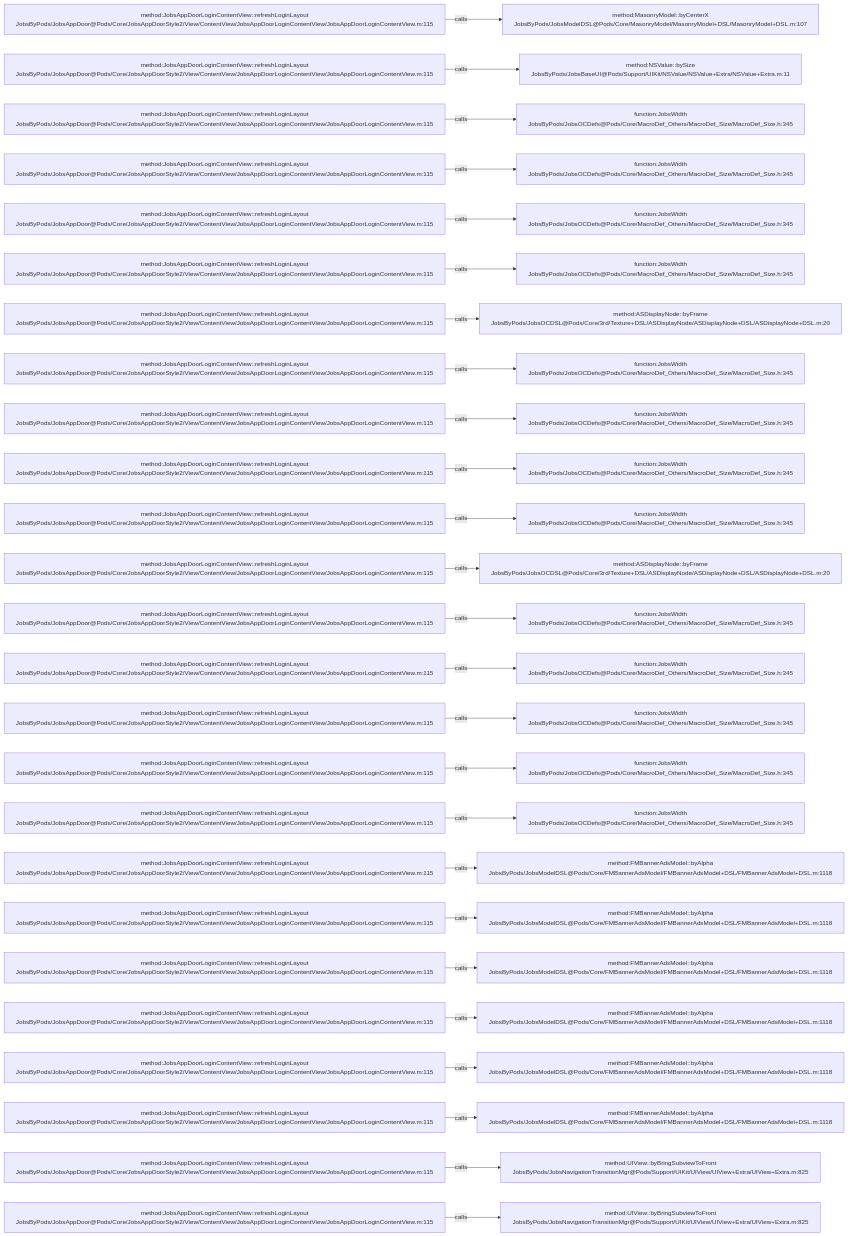
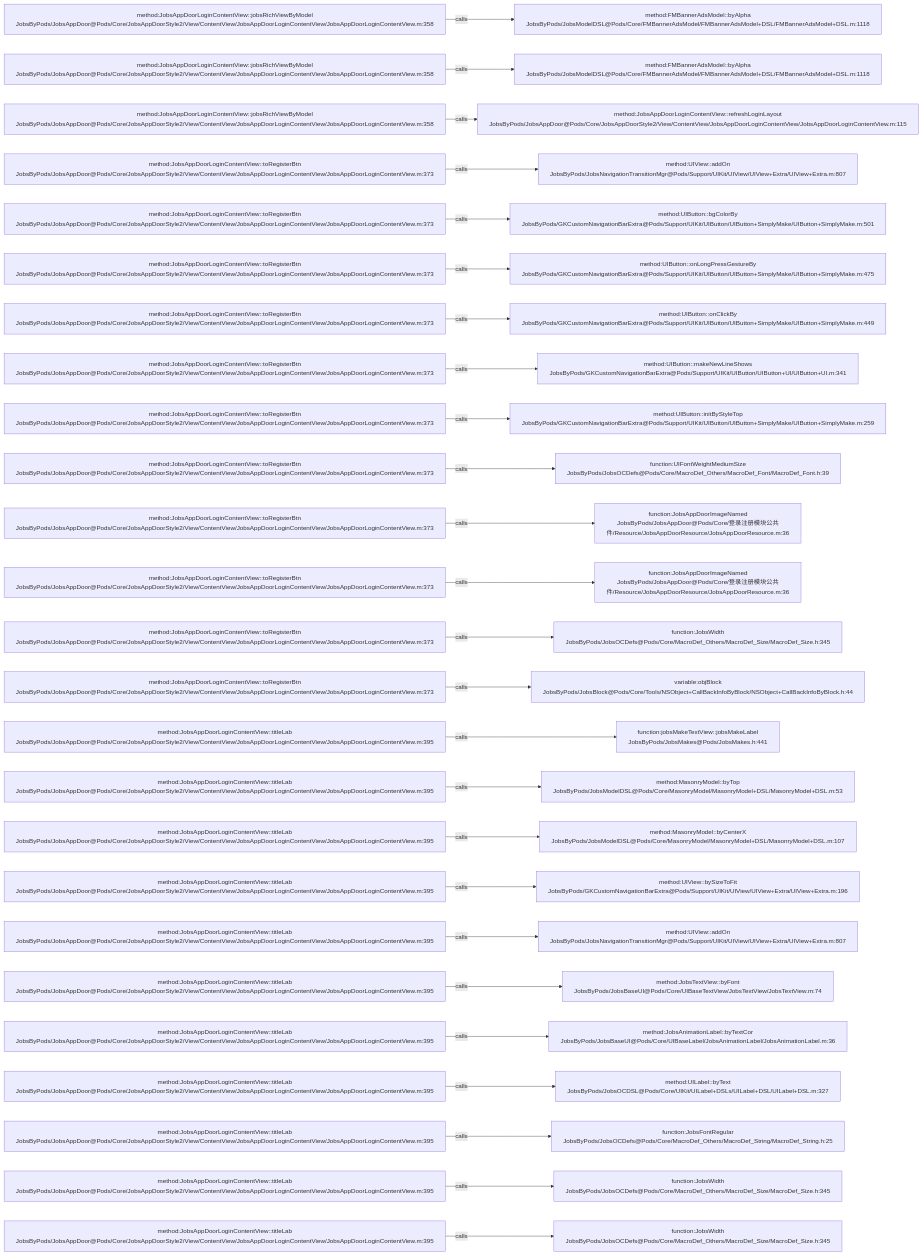
One commit to JobsKits/JobsOCBaseConfigDemo changed the diagram in .codegraph/codegraph.md/graphs/calls-121.md. Above: the diagram before and after it, drawn with Mermaid. The commit also changed 223 other files, not shown here.

````diff
--- a/.codegraph/codegraph.md/graphs/calls-121.md
+++ b/.codegraph/codegraph.md/graphs/calls-121.md
@@ -13,78 +13,78 @@
 ```mermaid
 flowchart LR
-  S1["method:JobsAppDoorLoginContentView::refreshLoginLayout<br/>JobsByPods/JobsAppDoor@Pods/Core/JobsAppDoorStyle2/View/ContentView/JobsAppDoorLoginContentView/JobsAppDoorLoginContentView.m:115"]
-  T1["method:MasonryModel::byCenterX<br/>JobsByPods/JobsModelDSL@Pods/Core/MasonryModel/MasonryModel+DSL/MasonryModel+DSL.m:107"]
+  S1["method:JobsAppDoorLoginContentView::jobsRichViewByModel<br/>JobsByPods/JobsAppDoor@Pods/Core/JobsAppDoorStyle2/View/ContentView/JobsAppDoorLoginContentView/JobsAppDoorLoginContentView.m:358"]
+  T1["method:FMBannerAdsModel::byAlpha<br/>JobsByPods/JobsModelDSL@Pods/Core/FMBannerAdsModel/FMBannerAdsModel+DSL/FMBannerAdsModel+DSL.m:1118"]
   S1 -->|calls| T1
-  S2["method:JobsAppDoorLoginContentView::refreshLoginLayout<br/>JobsByPods/JobsAppDoor@Pods/Core/JobsAppDoorStyle2/View/ContentView/JobsAppDoorLoginContentView/JobsAppDoorLoginContentView.m:115"]
-  T2["method:NSValue::bySize<br/>JobsByPods/JobsBaseUI@Pods/Support/UIKit/NSValue/NSValue+Extra/NSValue+Extra.m:11"]
+  S2["method:JobsAppDoorLoginContentView::jobsRichViewByModel<br/>JobsByPods/JobsAppDoor@Pods/Core/JobsAppDoorStyle2/View/ContentView/JobsAppDoorLoginContentView/JobsAppDoorLoginContentView.m:358"]
+  T2["method:FMBannerAdsModel::byAlpha<br/>JobsByPods/JobsModelDSL@Pods/Core/FMBannerAdsModel/FMBannerAdsModel+DSL/FMBannerAdsModel+DSL.m:1118"]
   S2 -->|calls| T2
-  S3["method:JobsAppDoorLoginContentView::refreshLoginLayout<br/>JobsByPods/JobsAppDoor@Pods/Core/JobsAppDoorStyle2/View/ContentView/JobsAppDoorLoginContentView/JobsAppDoorLoginContentView.m:115"]
-  T3["function:JobsWidth<br/>JobsByPods/JobsOCDefs@Pods/Core/MacroDef_Others/MacroDef_Size/MacroDef_Size.h:345"]
+  S3["method:JobsAppDoorLoginContentView::jobsRichViewByModel<br/>JobsByPods/JobsAppDoor@Pods/Core/JobsAppDoorStyle2/View/ContentView/JobsAppDoorLoginContentView/JobsAppDoorLoginContentView.m:358"]
+  T3["method:JobsAppDoorLoginContentView::refreshLoginLayout<br/>JobsByPods/JobsAppDoor@Pods/Core/JobsAppDoorStyle2/View/ContentView/JobsAppDoorLoginContentView/JobsAppDoorLoginContentView.m:115"]
   S3 -->|calls| T3
-  S4["method:JobsAppDoorLoginContentView::refreshLoginLayout<br/>JobsByPods/JobsAppDoor@Pods/Core/JobsAppDoorStyle2/View/ContentView/JobsAppDoorLoginContentView/JobsAppDoorLoginContentView.m:115"]
-  T4["function:JobsWidth<br/>JobsByPods/JobsOCDefs@Pods/Core/MacroDef_Others/MacroDef_Size/MacroDef_Size.h:345"]
+  S4["method:JobsAppDoorLoginContentView::toRegisterBtn<br/>JobsByPods/JobsAppDoor@Pods/Core/JobsAppDoorStyle2/View/ContentView/JobsAppDoorLoginContentView/JobsAppDoorLoginContentView.m:373"]
+  T4["method:UIView::addOn<br/>JobsByPods/JobsNavigationTransitionMgr@Pods/Support/UIKit/UIView/UIView+Extra/UIView+Extra.m:807"]
   S4 -->|calls| T4
-  S5["method:JobsAppDoorLoginContentView::refreshLoginLayout<br/>JobsByPods/JobsAppDoor@Pods/Core/JobsAppDoorStyle2/View/ContentView/JobsAppDoorLoginContentView/JobsAppDoorLoginContentView.m:115"]
-  T5["function:JobsWidth<br/>JobsByPods/JobsOCDefs@Pods/Core/MacroDef_Others/MacroDef_Size/MacroDef_Size.h:345"]
+  S5["method:JobsAppDoorLoginContentView::toRegisterBtn<br/>JobsByPods/JobsAppDoor@Pods/Core/JobsAppDoorStyle2/View/ContentView/JobsAppDoorLoginContentView/JobsAppDoorLoginContentView.m:373"]
+  T5["method:UIButton::bgColorBy<br/>JobsByPods/GKCustomNavigationBarExtra@Pods/Support/UIKit/UIButton/UIButton+SimplyMake/UIButton+SimplyMake.m:501"]
   S5 -->|calls| T5
-  S6["method:JobsAppDoorLoginContentView::refreshLoginLayout<br/>JobsByPods/JobsAppDoor@Pods/Core/JobsAppDoorStyle2/View/ContentView/JobsAppDoorLoginContentView/JobsAppDoorLoginContentView.m:115"]
-  T6["function:JobsWidth<br/>JobsByPods/JobsOCDefs@Pods/Core/MacroDef_Others/MacroDef_Size/MacroDef_Size.h:345"]
+  S6["method:JobsAppDoorLoginContentView::toRegisterBtn<br/>JobsByPods/JobsAppDoor@Pods/Core/JobsAppDoorStyle2/View/ContentView/JobsAppDoorLoginContentView/JobsAppDoorLoginContentView.m:373"]
+  T6["method:UIButton::onLongPressGestureBy<br/>JobsByPods/GKCustomNavigationBarExtra@Pods/Support/UIKit/UIButton/UIButton+SimplyMake/UIButton+SimplyMake.m:475"]
   S6 -->|calls| T6
-  S7["method:JobsAppDoorLoginContentView::refreshLoginLayout<br/>JobsByPods/JobsAppDoor@Pods/Core/JobsAppDoorStyle2/View/ContentView/JobsAppDoorLoginContentView/JobsAppDoorLoginContentView.m:115"]
-  T7["method:ASDisplayNode::byFrame<br/>JobsByPods/JobsOCDSL@Pods/Core/3rd/Texture+DSL/ASDisplayNode/ASDisplayNode+DSL/ASDisplayNode+DSL.m:20"]
+  S7["method:JobsAppDoorLoginContentView::toRegisterBtn<br/>JobsByPods/JobsAppDoor@Pods/Core/JobsAppDoorStyle2/View/ContentView/JobsAppDoorLoginContentView/JobsAppDoorLoginContentView.m:373"]
+  T7["method:UIButton::onClickBy<br/>JobsByPods/GKCustomNavigationBarExtra@Pods/Support/UIKit/UIButton/UIButton+SimplyMake/UIButton+SimplyMake.m:449"]
   S7 -->|calls| T7
-  S8["method:JobsAppDoorLoginContentView::refreshLoginLayout<br/>JobsByPods/JobsAppDoor@Pods/Core/JobsAppDoorStyle2/View/ContentView/JobsAppDoorLoginContentView/JobsAppDoorLoginContentView.m:115"]
-  T8["function:JobsWidth<br/>JobsByPods/JobsOCDefs@Pods/Core/MacroDef_Others/MacroDef_Size/MacroDef_Size.h:345"]
+  S8["method:JobsAppDoorLoginContentView::toRegisterBtn<br/>JobsByPods/JobsAppDoor@Pods/Core/JobsAppDoorStyle2/View/ContentView/JobsAppDoorLoginContentView/JobsAppDoorLoginContentView.m:373"]
+  T8["method:UIButton::makeNewLineShows<br/>JobsByPods/GKCustomNavigationBarExtra@Pods/Support/UIKit/UIButton/UIButton+UI/UIButton+UI.m:341"]
   S8 -->|calls| T8
-  S9["method:JobsAppDoorLoginContentView::refreshLoginLayout<br/>JobsByPods/JobsAppDoor@Pods/Core/JobsAppDoorStyle2/View/ContentView/JobsAppDoorLoginContentView/JobsAppDoorLoginContentView.m:115"]
-  T9["function:JobsWidth<br/>JobsByPods/JobsOCDefs@Pods/Core/MacroDef_Others/MacroDef_Size/MacroDef_Size.h:345"]
+  S9["method:JobsAppDoorLoginContentView::toRegisterBtn<br/>JobsByPods/JobsAppDoor@Pods/Core/JobsAppDoorStyle2/View/ContentView/JobsAppDoorLoginContentView/JobsAppDoorLoginContentView.m:373"]
+  T9["method:UIButton::initByStyleTop<br/>JobsByPods/GKCustomNavigationBarExtra@Pods/Support/UIKit/UIButton/UIButton+SimplyMake/UIButton+SimplyMake.m:259"]
   S9 -->|calls| T9
-  S10["method:JobsAppDoorLoginContentView::refreshLoginLayout<br/>JobsByPods/JobsAppDoor@Pods/Core/JobsAppDoorStyle2/View/ContentView/JobsAppDoorLoginContentView/JobsAppDoorLoginContentView.m:115"]
-  T10["function:JobsWidth<br/>JobsByPods/JobsOCDefs@Pods/Core/MacroDef_Others/MacroDef_Size/MacroDef_Size.h:345"]
+  S10["method:JobsAppDoorLoginContentView::toRegisterBtn<br/>JobsByPods/JobsAppDoor@Pods/Core/JobsAppDoorStyle2/View/ContentView/JobsAppDoorLoginContentView/JobsAppDoorLoginContentView.m:373"]
+  T10["function:UIFontWeightMediumSize<br/>JobsByPods/JobsOCDefs@Pods/Core/MacroDef_Others/MacroDef_Font/MacroDef_Font.h:39"]
   S10 -->|calls| T10
-  S11["method:JobsAppDoorLoginContentView::refreshLoginLayout<br/>JobsByPods/JobsAppDoor@Pods/Core/JobsAppDoorStyle2/View/ContentView/JobsAppDoorLoginContentView/JobsAppDoorLoginContentView.m:115"]
-  T11["function:JobsWidth<br/>JobsByPods/JobsOCDefs@Pods/Core/MacroDef_Others/MacroDef_Size/MacroDef_Size.h:345"]
+  S11["method:JobsAppDoorLoginContentView::toRegisterBtn<br/>JobsByPods/JobsAppDoor@Pods/Core/JobsAppDoorStyle2/View/ContentView/JobsAppDoorLoginContentView/JobsAppDoorLoginContentView.m:373"]
+  T11["function:JobsAppDoorImageNamed<br/>JobsByPods/JobsAppDoor@Pods/Core/登录注册模块公共件/Resource/JobsAppDoorResource/JobsAppDoorResource.m:36"]
   S11 -->|calls| T11
-  S12["method:JobsAppDoorLoginContentView::refreshLoginLayout<br/>JobsByPods/JobsAppDoor@Pods/Core/JobsAppDoorStyle2/View/ContentView/JobsAppDoorLoginContentView/JobsAppDoorLoginContentView.m:115"]
-  T12["method:ASDisplayNode::byFrame<br/>JobsByPods/JobsOCDSL@Pods/Core/3rd/Texture+DSL/ASDisplayNode/ASDisplayNode+DSL/ASDisplayNode+DSL.m:20"]
+  S12["method:JobsAppDoorLoginContentView::toRegisterBtn<br/>JobsByPods/JobsAppDoor@Pods/Core/JobsAppDoorStyle2/View/ContentView/JobsAppDoorLoginContentView/JobsAppDoorLoginContentView.m:373"]
+  T12["function:JobsAppDoorImageNamed<br/>JobsByPods/JobsAppDoor@Pods/Core/登录注册模块公共件/Resource/JobsAppDoorResource/JobsAppDoorResource.m:36"]
   S12 -->|calls| T12
-  S13["method:JobsAppDoorLoginContentView::refreshLoginLayout<br/>JobsByPods/JobsAppDoor@Pods/Core/JobsAppDoorStyle2/View/ContentView/JobsAppDoorLoginContentView/JobsAppDoorLoginContentView.m:115"]
+  S13["method:JobsAppDoorLoginContentView::toRegisterBtn<br/>JobsByPods/JobsAppDoor@Pods/Core/JobsAppDoorStyle2/View/ContentView/JobsAppDoorLoginContentView/JobsAppDoorLoginContentView.m:373"]
   T13["function:JobsWidth<br/>JobsByPods/JobsOCDefs@Pods/Core/MacroDef_Others/MacroDef_Size/MacroDef_Size.h:345"]
   S13 -->|calls| T13
-  S14["method:JobsAppDoorLoginContentView::refreshLoginLayout<br/>JobsByPods/JobsAppDoor@Pods/Core/JobsAppDoorStyle2/View/ContentView/JobsAppDoorLoginContentView/JobsAppDoorLoginContentView.m:115"]
-  T14["function:JobsWidth<br/>JobsByPods/JobsOCDefs@Pods/Core/MacroDef_Others/MacroDef_Size/MacroDef_Size.h:345"]
+  S14["method:JobsAppDoorLoginContentView::toRegisterBtn<br/>JobsByPods/JobsAppDoor@Pods/Core/JobsAppDoorStyle2/View/ContentView/JobsAppDoorLoginContentView/JobsAppDoorLoginContentView.m:373"]
+  T14["variable:objBlock<br/>JobsByPods/JobsBlock@Pods/Core/Tools/NSObject+CallBackInfoByBlock/NSObject+CallBackInfoByBlock.h:44"]
   S14 -->|calls| T14
-  S15["method:JobsAppDoorLoginContentView::refreshLoginLayout<br/>JobsByPods/JobsAppDoor@Pods/Core/JobsAppDoorStyle2/View/ContentView/JobsAppDoorLoginContentView/JobsAppDoorLoginContentView.m:115"]
-  T15["function:JobsWidth<br/>JobsByPods/JobsOCDefs@Pods/Core/MacroDef_Others/MacroDef_Size/MacroDef_Size.h:345"]
+  S15["method:JobsAppDoorLoginContentView::titleLab<br/>JobsByPods/JobsAppDoor@Pods/Core/JobsAppDoorStyle2/View/ContentView/JobsAppDoorLoginContentView/JobsAppDoorLoginContentView.m:395"]
+  T15["function:jobsMakeTextView::jobsMakeLabel<br/>JobsByPods/JobsMakes@Pods/JobsMakes.h:441"]
   S15 -->|calls| T15
-  S16["method:JobsAppDoorLoginContentView::refreshLoginLayout<br/>JobsByPods/JobsAppDoor@Pods/Core/JobsAppDoorStyle2/View/ContentView/JobsAppDoorLoginContentView/JobsAppDoorLoginContentView.m:115"]
-  T16["function:JobsWidth<br/>JobsByPods/JobsOCDefs@Pods/Core/MacroDef_Others/MacroDef_Size/MacroDef_Size.h:345"]
+  S16["method:JobsAppDoorLoginContentView::titleLab<br/>JobsByPods/JobsAppDoor@Pods/Core/JobsAppDoorStyle2/View/ContentView/JobsAppDoorLoginContentView/JobsAppDoorLoginContentView.m:395"]
+  T16["method:MasonryModel::byTop<br/>JobsByPods/JobsModelDSL@Pods/Core/MasonryModel/MasonryModel+DSL/MasonryModel+DSL.m:53"]
   S16 -->|calls| T16
-  S17["method:JobsAppDoorLoginContentView::refreshLoginLayout<br/>JobsByPods/JobsAppDoor@Pods/Core/JobsAppDoorStyle2/View/ContentView/JobsAppDoorLoginContentView/JobsAppDoorLoginContentView.m:115"]
-  T17["function:JobsWidth<br/>JobsByPods/JobsOCDefs@Pods/Core/MacroDef_Others/MacroDef_Size/MacroDef_Size.h:345"]
+  S17["method:JobsAppDoorLoginContentView::titleLab<br/>JobsByPods/JobsAppDoor@Pods/Core/JobsAppDoorStyle2/View/ContentView/JobsAppDoorLoginContentView/JobsAppDoorLoginContentView.m:395"]
+  T17["method:MasonryModel::byCenterX<br/>JobsByPods/JobsModelDSL@Pods/Core/MasonryModel/MasonryModel+DSL/MasonryModel+DSL.m:107"]
   S17 -->|calls| T17
-  S18["method:JobsAppDoorLoginContentView::refreshLoginLayout<br/>JobsByPods/JobsAppDoor@Pods/Core/JobsAppDoorStyle2/View/ContentView/JobsAppDoorLoginContentView/JobsAppDoorLoginContentView.m:115"]
-  T18["method:FMBannerAdsModel::byAlpha<br/>JobsByPods/JobsModelDSL@Pods/Core/FMBannerAdsModel/FMBannerAdsModel+DSL/FMBannerAdsModel+DSL.m:1118"]
+  S18["method:JobsAppDoorLoginContentView::titleLab<br/>JobsByPods/JobsAppDoor@Pods/Core/JobsAppDoorStyle2/View/ContentView/JobsAppDoorLoginContentView/JobsAppDoorLoginContentView.m:395"]
+  T18["method:UIView::bySizeToFit<br/>JobsByPods/GKCustomNavigationBarExtra@Pods/Support/UIKit/UIView/UIView+Extra/UIView+Extra.m:196"]
   S18 -->|calls| T18
-  S19["method:JobsAppDoorLoginContentView::refreshLoginLayout<br/>JobsByPods/JobsAppDoor@Pods/Core/JobsAppDoorStyle2/View/ContentView/JobsAppDoorLoginContentView/JobsAppDoorLoginContentView.m:115"]
-  T19["method:FMBannerAdsModel::byAlpha<br/>JobsByPods/JobsModelDSL@Pods/Core/FMBannerAdsModel/FMBannerAdsModel+DSL/FMBannerAdsModel+DSL.m:1118"]
+  S19["method:JobsAppDoorLoginContentView::titleLab<br/>JobsByPods/JobsAppDoor@Pods/Core/JobsAppDoorStyle2/View/ContentView/JobsAppDoorLoginContentView/JobsAppDoorLoginContentView.m:395"]
+  T19["method:UIView::addOn<br/>JobsByPods/JobsNavigationTransitionMgr@Pods/Support/UIKit/UIView/UIView+Extra/UIView+Extra.m:807"]
   S19 -->|calls| T19
-  S20["method:JobsAppDoorLoginContentView::refreshLoginLayout<br/>JobsByPods/JobsAppDoor@Pods/Core/JobsAppDoorStyle2/View/ContentView/JobsAppDoorLoginContentView/JobsAppDoorLoginContentView.m:115"]
-  T20["method:FMBannerAdsModel::byAlpha<br/>JobsByPods/JobsModelDSL@Pods/Core/FMBannerAdsModel/FMBannerAdsModel+DSL/FMBannerAdsModel+DSL.m:1118"]
+  S20["method:JobsAppDoorLoginContentView::titleLab<br/>JobsByPods/JobsAppDoor@Pods/Core/JobsAppDoorStyle2/View/ContentView/JobsAppDoorLoginContentView/JobsAppDoorLoginContentView.m:395"]
+  T20["method:JobsTextView::byFont<br/>JobsByPods/JobsBaseUI@Pods/Core/UIBaseTextView/JobsTextView/JobsTextView.m:74"]
   S20 -->|calls| T20
-  S21["method:JobsAppDoorLoginContentView::refreshLoginLayout<br/>JobsByPods/JobsAppDoor@Pods/Core/JobsAppDoorStyle2/View/ContentView/JobsAppDoorLoginContentView/JobsAppDoorLoginContentView.m:115"]
-  T21["method:FMBannerAdsModel::byAlpha<br/>JobsByPods/JobsModelDSL@Pods/Core/FMBannerAdsModel/FMBannerAdsModel+DSL/FMBannerAdsModel+DSL.m:1118"]
+  S21["method:JobsAppDoorLoginContentView::titleLab<br/>JobsByPods/JobsAppDoor@Pods/Core/JobsAppDoorStyle2/View/ContentView/JobsAppDoorLoginContentView/JobsAppDoorLoginContentView.m:395"]
+  T21["method:JobsAnimationLabel::byTextCor<br/>JobsByPods/JobsBaseUI@Pods/Core/UIBaseLabel/JobsAnimationLabel/JobsAnimationLabel.m:36"]
   S21 -->|calls| T21
-  S22["method:JobsAppDoorLoginContentView::refreshLoginLayout<br/>JobsByPods/JobsAppDoor@Pods/Core/JobsAppDoorStyle2/View/ContentView/JobsAppDoorLoginContentView/JobsAppDoorLoginContentView.m:115"]
-  T22["method:FMBannerAdsModel::byAlpha<br/>JobsByPods/JobsModelDSL@Pods/Core/FMBannerAdsModel/FMBannerAdsModel+DSL/FMBannerAdsModel+DSL.m:1118"]
+  S22["method:JobsAppDoorLoginContentView::titleLab<br/>JobsByPods/JobsAppDoor@Pods/Core/JobsAppDoorStyle2/View/ContentView/JobsAppDoorLoginContentView/JobsAppDoorLoginContentView.m:395"]
+  T22["method:UILabel::byText<br/>JobsByPods/JobsOCDSL@Pods/Core/UIKit/UILabel+DSLs/UILabel+DSL/UILabel+DSL.m:327"]
   S22 -->|calls| T22
-  S23["method:JobsAppDoorLoginContentView::refreshLoginLayout<br/>JobsByPods/JobsAppDoor@Pods/Core/JobsAppDoorStyle2/View/ContentView/JobsAppDoorLoginContentView/JobsAppDoorLoginContentView.m:115"]
-  T23["method:FMBannerAdsModel::byAlpha<br/>JobsByPods/JobsModelDSL@Pods/Core/FMBannerAdsModel/FMBannerAdsModel+DSL/FMBannerAdsModel+DSL.m:1118"]
+  S23["method:JobsAppDoorLoginContentView::titleLab<br/>JobsByPods/JobsAppDoor@Pods/Core/JobsAppDoorStyle2/View/ContentView/JobsAppDoorLoginContentView/JobsAppDoorLoginContentView.m:395"]
+  T23["function:JobsFontRegular<br/>JobsByPods/JobsOCDefs@Pods/Core/MacroDef_Others/MacroDef_String/MacroDef_String.h:25"]
   S23 -->|calls| T23
-  S24["method:JobsAppDoorLoginContentView::refreshLoginLayout<br/>JobsByPods/JobsAppDoor@Pods/Core/JobsAppDoorStyle2/View/ContentView/JobsAppDoorLoginContentView/JobsAppDoorLoginContentView.m:115"]
-  T24["method:UIView::byBringSubviewToFront<br/>JobsByPods/JobsNavigationTransitionMgr@Pods/Support/UIKit/UIView/UIView+Extra/UIView+Extra.m:825"]
+  S24["method:JobsAppDoorLoginContentView::titleLab<br/>JobsByPods/JobsAppDoor@Pods/Core/JobsAppDoorStyle2/View/ContentView/JobsAppDoorLoginContentView/JobsAppDoorLoginContentView.m:395"]
+  T24["function:JobsWidth<br/>JobsByPods/JobsOCDefs@Pods/Core/MacroDef_Others/MacroDef_Size/MacroDef_Size.h:345"]
   S24 -->|calls| T24
-  S25["method:JobsAppDoorLoginContentView::refreshLoginLayout<br/>JobsByPods/JobsAppDoor@Pods/Core/JobsAppDoorStyle2/View/ContentView/JobsAppDoorLoginContentView/JobsAppDoorLoginContentView.m:115"]
-  T25["method:UIView::byBringSubviewToFront<br/>JobsByPods/JobsNavigationTransitionMgr@Pods/Support/UIKit/UIView/UIView+Extra/UIView+Extra.m:825"]
+  S25["method:JobsAppDoorLoginContentView::titleLab<br/>JobsByPods/JobsAppDoor@Pods/Core/JobsAppDoorStyle2/View/ContentView/JobsAppDoorLoginContentView/JobsAppDoorLoginContentView.m:395"]
+  T25["function:JobsWidth<br/>JobsByPods/JobsOCDefs@Pods/Core/MacroDef_Others/MacroDef_Size/MacroDef_Size.h:345"]
   S25 -->|calls| T25
 ```
````
